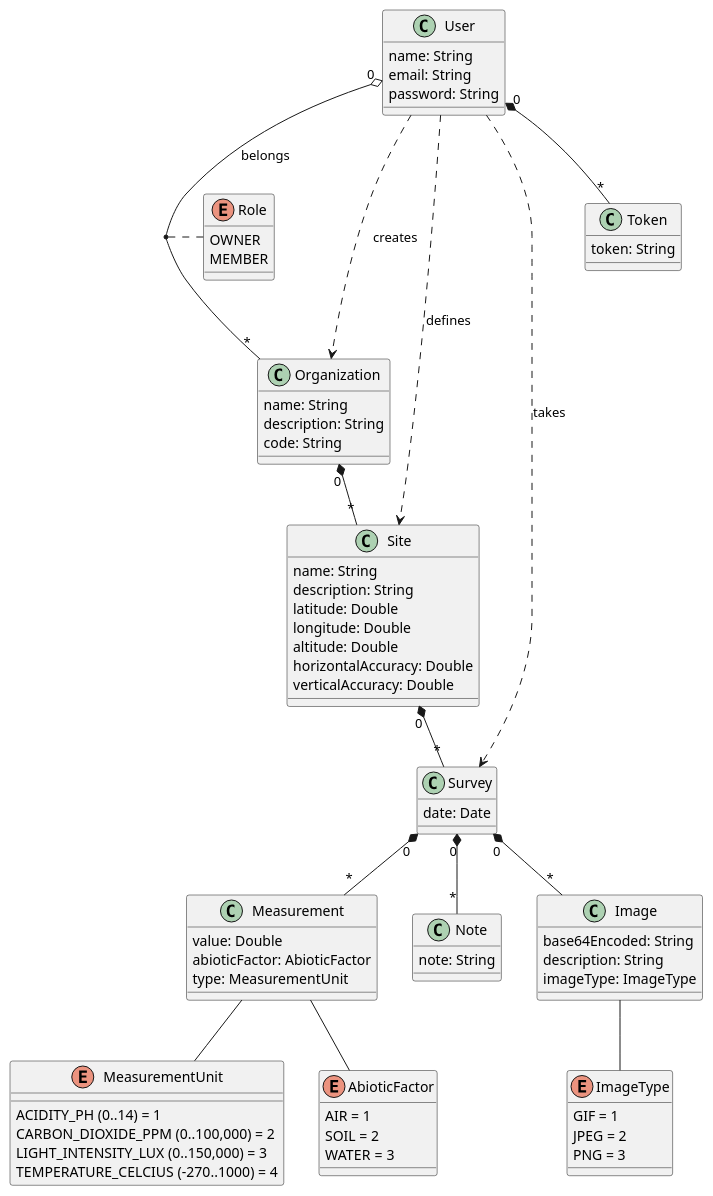
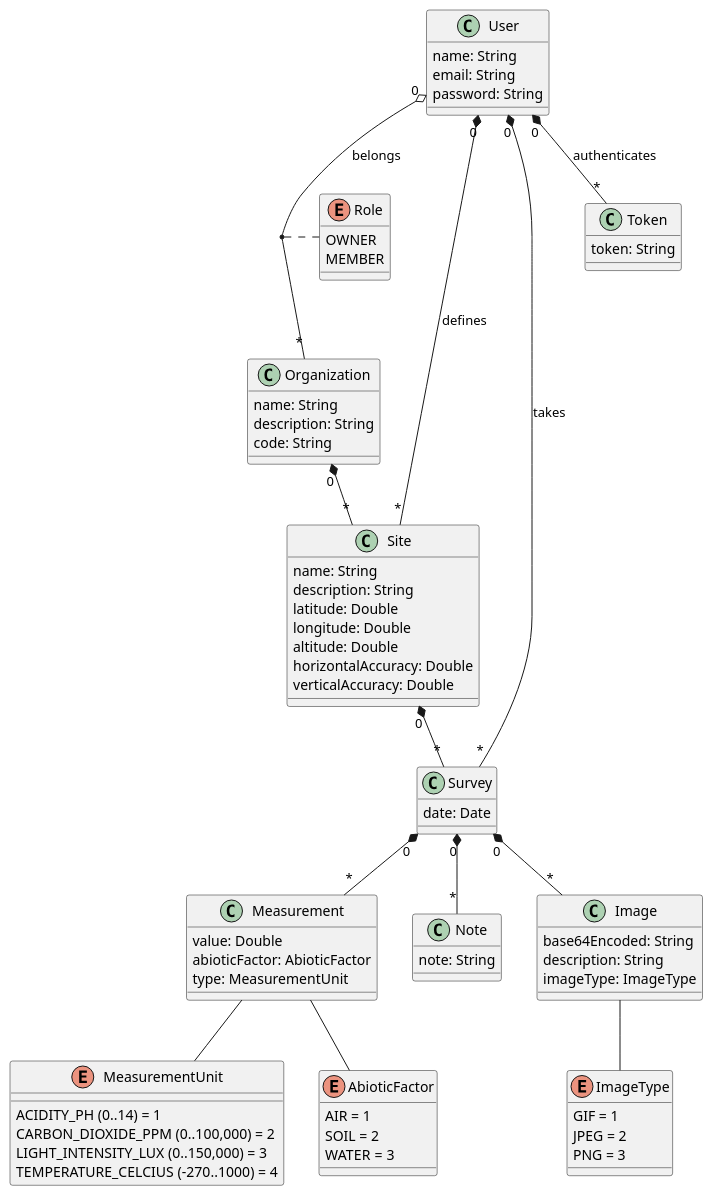
Before and after one commit to kwingerden/ecodatum-server: the diagram in Documentation/Model.plantuml, drawn with PlantUML. The commit also changed 16 other files, not shown here.

```diff
--- a/Documentation/Model.plantuml
+++ b/Documentation/Model.plantuml
@@ -1,94 +1,92 @@
 @startuml
 
 enum AbioticFactor {
   AIR = 1
   SOIL = 2
   WATER = 3
 }
 
 enum ImageType {
   GIF = 1
   JPEG = 2
   PNG = 3
 }
 
 enum MeasurementUnit {
   ACIDITY_PH (0..14) = 1
   CARBON_DIOXIDE_PPM (0..100,000) = 2
   LIGHT_INTENSITY_LUX (0..150,000) = 3
   TEMPERATURE_CELCIUS (-270..1000) = 4
 }
 
 class Measurement {
   value: Double
   abioticFactor: AbioticFactor
   type: MeasurementUnit
 }
 
 class Note {
   note: String
 }
 
 class Organization {
   name: String
   description: String
   code: String
 }
 
 class Image {
   base64Encoded: String
   description: String
   imageType: ImageType
 }
 
 enum Role {
   OWNER
   MEMBER
 }
 
 class Survey {
   date: Date 
 }
 
 class Site {
   name: String
   description: String
   latitude: Double
   longitude: Double
   altitude: Double
   horizontalAccuracy: Double
   verticalAccuracy: Double
 }
 
 class Token {
   token: String 
 }
 
 class User {
   name: String
   email: String
   password: String
 }
 
-User ..> Organization: creates
-User ..> Site: defines
-User ..> Survey: takes
-
 Measurement -- AbioticFactor
 Measurement -- MeasurementUnit
 
 Image -- ImageType
 
 User "0" o-- "*" Organization: belongs
 (User, Organization) .. Role
-User "0" *-- "*" Token
+User "0" *-- "*" Token: authenticates
+User "0" *-- "*" Site: defines
+User "0" *-- "*" Survey: takes
 
 Organization "0" *-- "*" Site
 
 Site "0" *-- "*" Survey
 
 Survey "0" *-- "*" Note
 Survey "0" *-- "*" Image
 Survey "0" *-- "*" Measurement
 
 @enduml
```
